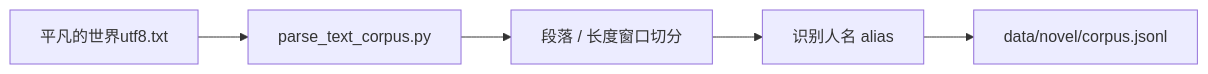
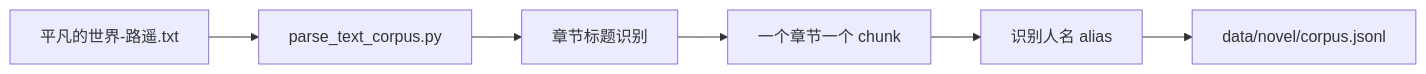
The third of 16 diagrams in demo/README.md (Lafinger/AgenticRAG-RL), drawn with Mermaid before and after one commit. The commit also changed other lines of this file and 5 other files, not shown here.

````diff
--- a/demo/README.md
+++ b/demo/README.md
@@ -118,7 +120,8 @@
 ```mermaid
 flowchart LR
-    A["平凡的世界utf8.txt"] --> B["parse_text_corpus.py"]
-    B --> C["段落 / 长度窗口切分"]
-    C --> D["识别人名 alias"]
-    D --> E["data/novel/corpus.jsonl"]
+    A["平凡的世界-路遥.txt"] --> B["parse_text_corpus.py"]
+    B --> C["章节标题识别"]
+    C --> D["一个章节一个 chunk"]
+    D --> E["识别人名 alias"]
+    E --> F["data/novel/corpus.jsonl"]
 ```
````
